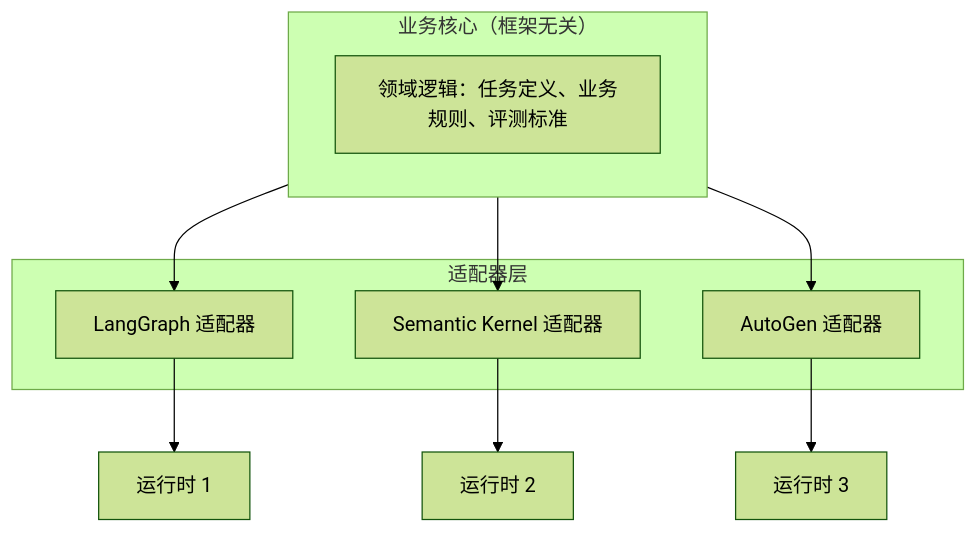
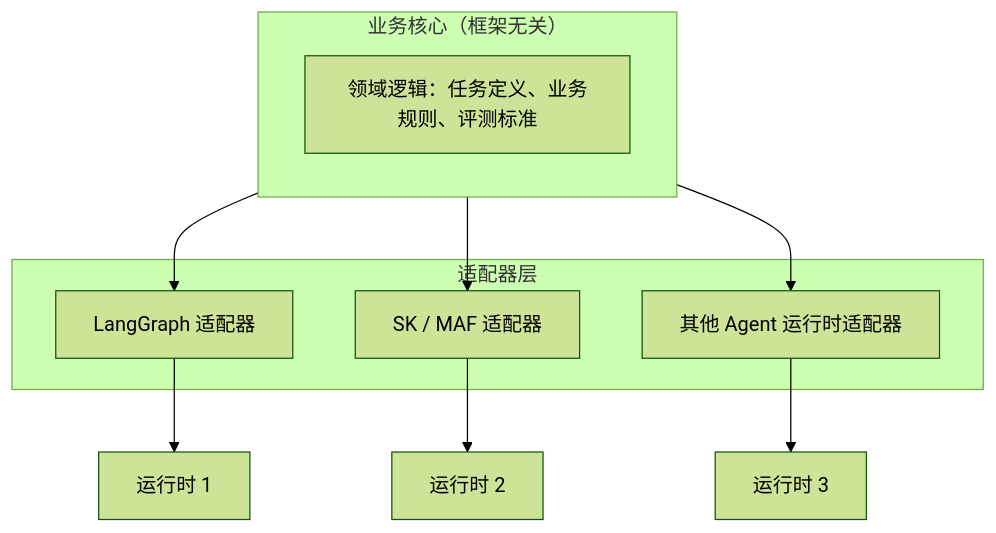
The second of 4 diagrams in docs/frameworks/06-selection-portability/23-lockin-and-portable-architecture.md (oneleaveknowsthefall/awesome-ai-roadmap), drawn with Mermaid (forest theme) before and after one commit. The commit also changed other lines of this file and 61 other files, not shown here.

````diff
--- a/docs/frameworks/06-selection-portability/23-lockin-and-portable-architecture.md
+++ b/docs/frameworks/06-selection-portability/23-lockin-and-portable-architecture.md
@@ -24,17 +28,17 @@
 ```mermaid
 flowchart TB
     subgraph Core["业务核心（框架无关）"]
         BL["领域逻辑：任务定义、业务规则、评测标准"]
     end
     subgraph Adapters["适配器层"]
         A1["LangGraph 适配器"]
-        A2["Semantic Kernel 适配器"]
-        A3["AutoGen 适配器"]
+        A2["SK / MAF 适配器"]
+        A3["其他 Agent 运行时适配器"]
     end
     Core --> A1
     Core --> A2
     Core --> A3
     A1 --> R1["运行时 1"]
     A2 --> R2["运行时 2"]
     A3 --> R3["运行时 3"]
 ```
````
